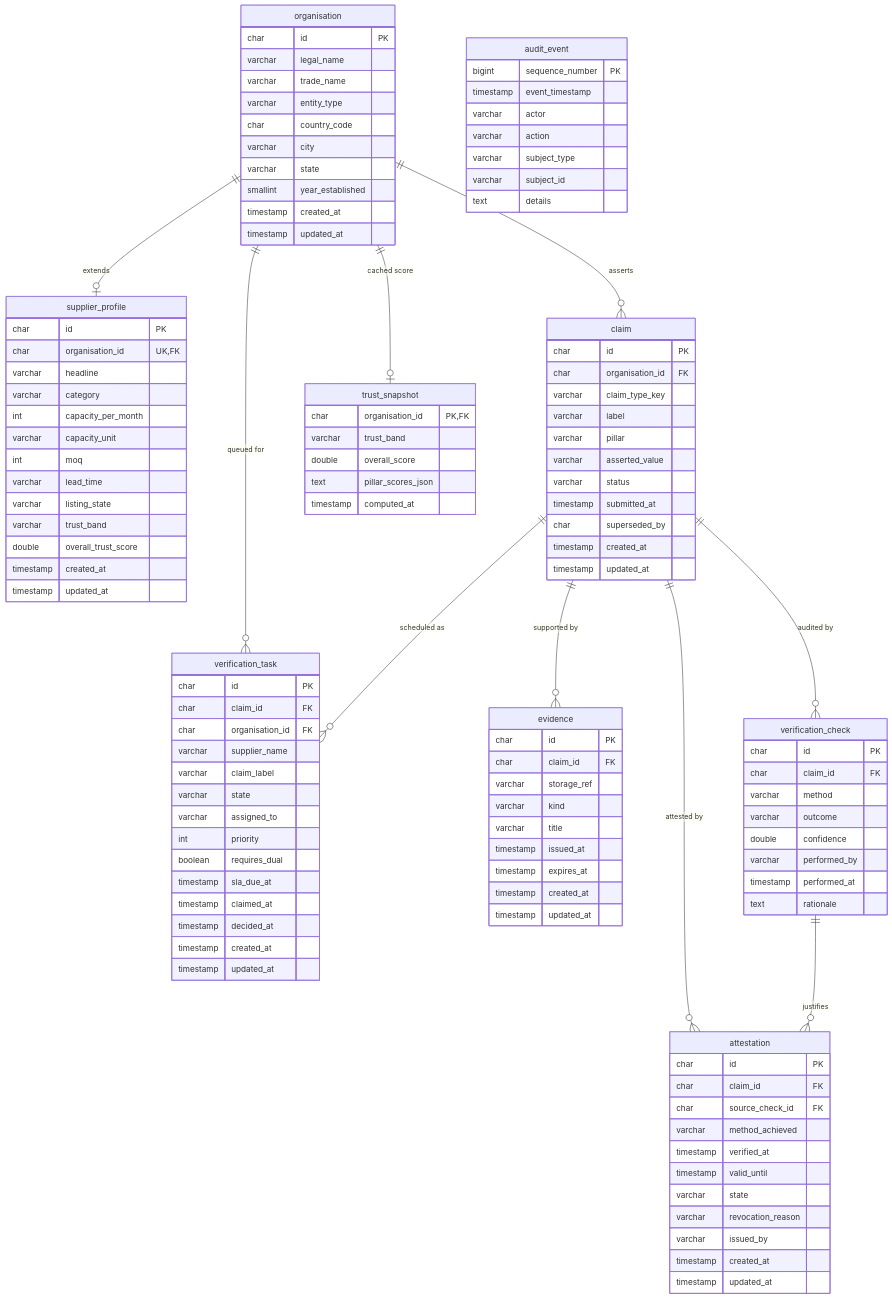
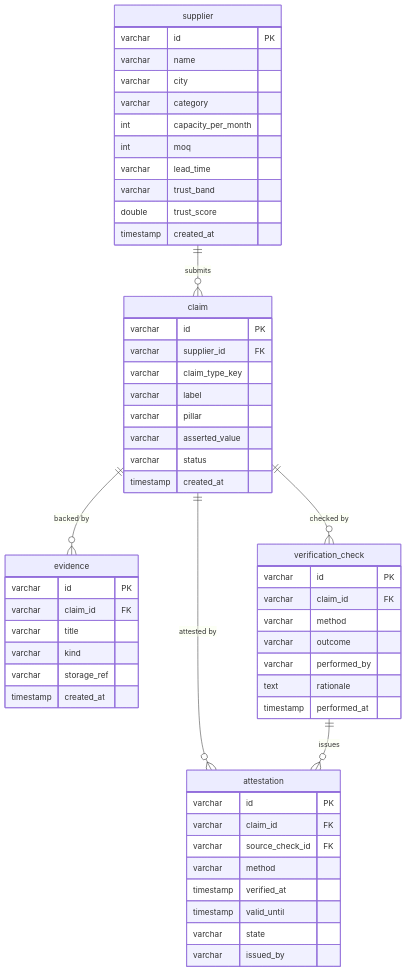
Before and after one commit to ArchitSublok/supify: the first of 2 diagrams in docs/database-architecture.md, drawn with Mermaid. The commit also changed other lines of this file and 38 other files, not shown here.

````diff
--- a/docs/database-architecture.md
+++ b/docs/database-architecture.md
@@ -12,129 +11,62 @@
 ```mermaid
 erDiagram
-    organisation ||--o| supplier_profile : "extends"
-    organisation ||--o{ claim : "asserts"
-    organisation ||--o| trust_snapshot : "cached score"
-    organisation ||--o{ verification_task : "queued for"
+    supplier ||--o{ claim : "submits"
+    claim ||--o{ evidence : "backed by"
+    claim ||--o{ verification_check : "checked by"
+    claim ||--o{ attestation : "attested by"
+    verification_check ||--o{ attestation : "issues"
 
-    claim ||--o{ evidence : "supported by"
-    claim ||--o{ verification_check : "audited by"
-    claim ||--o{ attestation : "attested by"
-    claim ||--o{ verification_task : "scheduled as"
-
-    verification_check ||--o{ attestation : "justifies"
-
-    organisation {
-        char id PK
-        varchar legal_name
-        varchar trade_name
-        varchar entity_type
-        char country_code
+    supplier {
+        varchar id PK
+        varchar name
         varchar city
-        varchar state
-        smallint year_established
-        timestamp created_at
-        timestamp updated_at
-    }
-
-    supplier_profile {
-        char id PK
-        char organisation_id UK,FK
-        varchar headline
         varchar category
         int capacity_per_month
-        varchar capacity_unit
         int moq
         varchar lead_time
-        varchar listing_state
         varchar trust_band
-        double overall_trust_score
+        double trust_score
         timestamp created_at
-        timestamp updated_at
     }
 
     claim {
-        char id PK
-        char organisation_id FK
+        varchar id PK
+        varchar supplier_id FK
         varchar claim_type_key
         varchar label
         varchar pillar
         varchar asserted_value
         varchar status
-        timestamp submitted_at
-        char superseded_by
         timestamp created_at
-        timestamp updated_at
     }
 
     evidence {
-        char id PK
-        char claim_id FK
+        varchar id PK
+        varchar claim_id FK
+        varchar title
+        varchar kind
         varchar storage_ref
-        varchar kind
-        varchar title
-        timestamp issued_at
-        timestamp expires_at
         timestamp created_at
-        timestamp updated_at
     }
 
     verification_check {
-        char id PK
-        char claim_id FK
+        varchar id PK
+        varchar claim_id FK
         varchar method
         varchar outcome
-        double confidence
         varchar performed_by
+        text rationale
         timestamp performed_at
-        text rationale
     }
 
     attestation {
-        char id PK
-        char claim_id FK
-        char source_check_id FK
-        varchar method_achieved
+        varchar id PK
+        varchar claim_id FK
+        varchar source_check_id FK
+        varchar method
         timestamp verified_at
         timestamp valid_until
         varchar state
-        varchar revocation_reason
         varchar issued_by
-        timestamp created_at
-        timestamp updated_at
-    }
-
-    verification_task {
-        char id PK
-        char claim_id FK
-        char organisation_id FK
-        varchar supplier_name
-        varchar claim_label
-        varchar state
-        varchar assigned_to
-        int priority
-        boolean requires_dual
-        timestamp sla_due_at
-        timestamp claimed_at
-        timestamp decided_at
-        timestamp created_at
-        timestamp updated_at
-    }
-
-    trust_snapshot {
-        char organisation_id PK,FK
-        varchar trust_band
-        double overall_score
-        text pillar_scores_json
-        timestamp computed_at
-    }
-
-    audit_event {
-        bigint sequence_number PK
-        timestamp event_timestamp
-        varchar actor
-        varchar action
-        varchar subject_type
-        varchar subject_id
-        text details
     }
 ```
````
